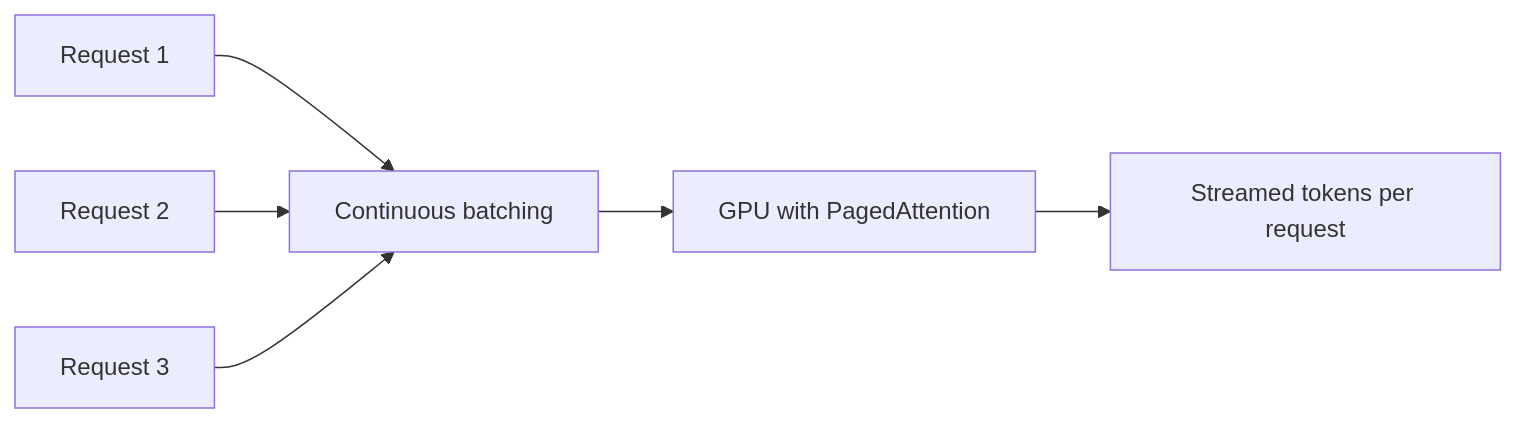
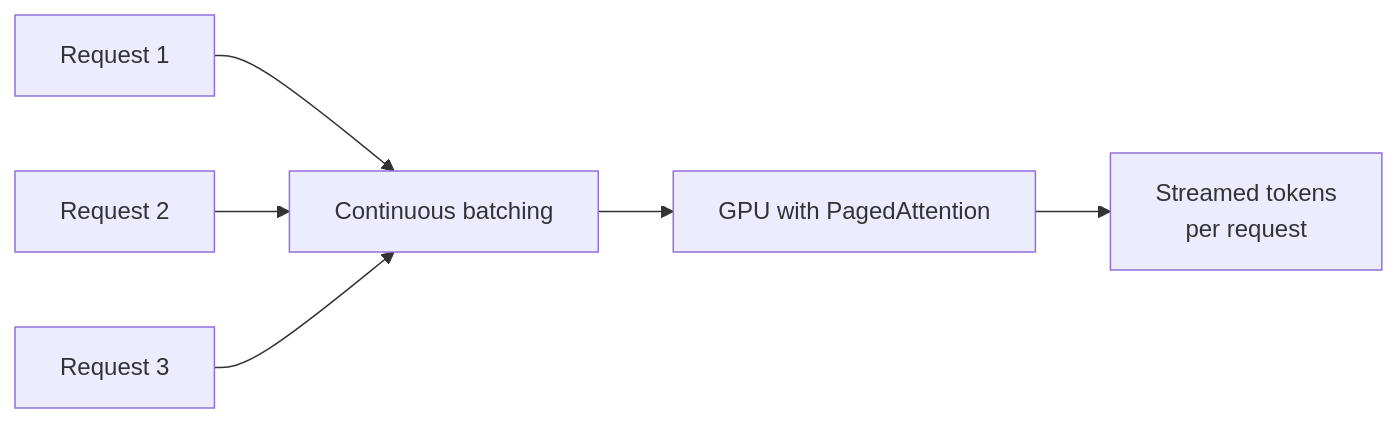
One commit to zirachw/LockedIn changed the third of 3 diagrams in ai-engineering/inference-engines.md. Above: the diagram before and after it, drawn with Mermaid.

Commit message:
feat: adjust inference engines

````diff
--- a/ai-engineering/inference-engines.md
+++ b/ai-engineering/inference-engines.md
@@ -80,8 +80,8 @@
 ```mermaid
 flowchart LR
     Req1[Request 1] --> B[Continuous batching]
     Req2[Request 2] --> B
     Req3[Request 3] --> B
     B --> G[GPU with PagedAttention]
-    G --> T[Streamed tokens per request]
+    G --> T[Streamed tokens<br/>per request]
 ```
````
